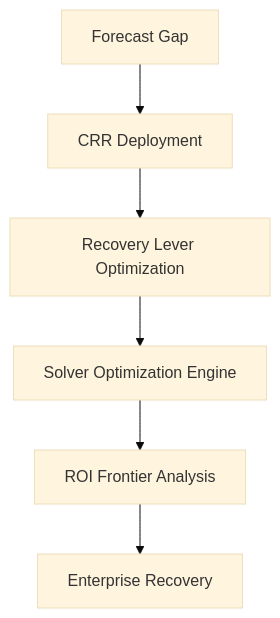
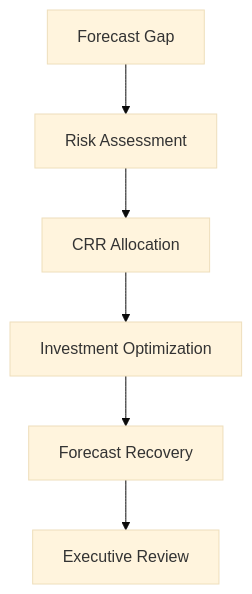
Before and after one commit to AwesomeAnil/newbridge-saas-operating-system: the third of 3 diagrams in README.md, drawn with Mermaid (base theme). The commit also changed other lines of this file, not shown here.

````diff
--- a/README.md
+++ b/README.md
@@ -242,10 +171,15 @@
 ```mermaid
 flowchart TD
 
 A[Forecast Gap]
---> B[CRR Deployment]
---> C[Recovery Lever Optimization]
---> D[Solver Optimization Engine]
---> E[ROI Frontier Analysis]
---> F[Enterprise Recovery]
+
+A --> B[Risk Assessment]
+
+B --> C[CRR Allocation]
+
+C --> D[Investment Optimization]
+
+D --> E[Forecast Recovery]
+
+E --> F[Executive Review]
 ```
````
